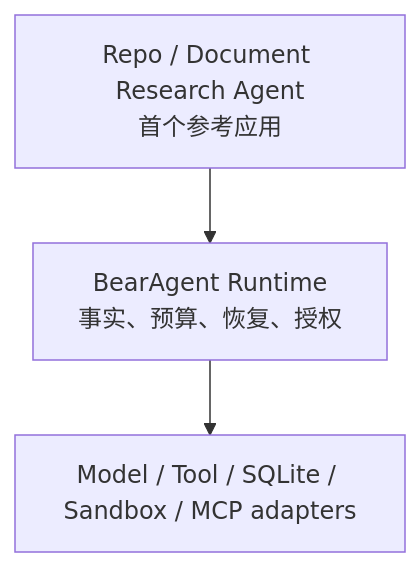
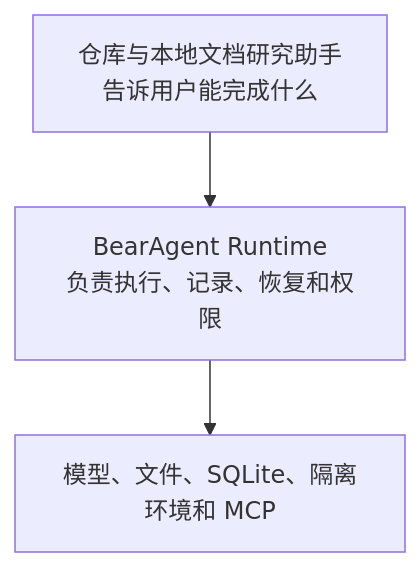
One commit to CherryYang05/BearAgent changed the diagram in site/src/content/docs/zh-cn/project/positioning.md. Above: the diagram before and after it, drawn with Mermaid. The commit also changed other lines of this file and 17 other files, not shown here.

Commit message:
Refine BearAgent positioning and roadmap

````diff
--- a/site/src/content/docs/zh-cn/project/positioning.md
+++ b/site/src/content/docs/zh-cn/project/positioning.md
@@ -24,5 +28,5 @@
 ```mermaid
 flowchart TB
-    A["Repo / Document Research Agent<br/>首个参考应用"] --> R["BearAgent Runtime<br/>事实、预算、恢复、授权"]
-    R --> I["Model / Tool / SQLite / Sandbox / MCP adapters"]
+    A["仓库与本地文档研究助手<br/>告诉用户能完成什么"] --> R["BearAgent Runtime<br/>负责执行、记录、恢复和权限"]
+    R --> I["模型、文件、SQLite、隔离环境和 MCP"]
 ```
````
